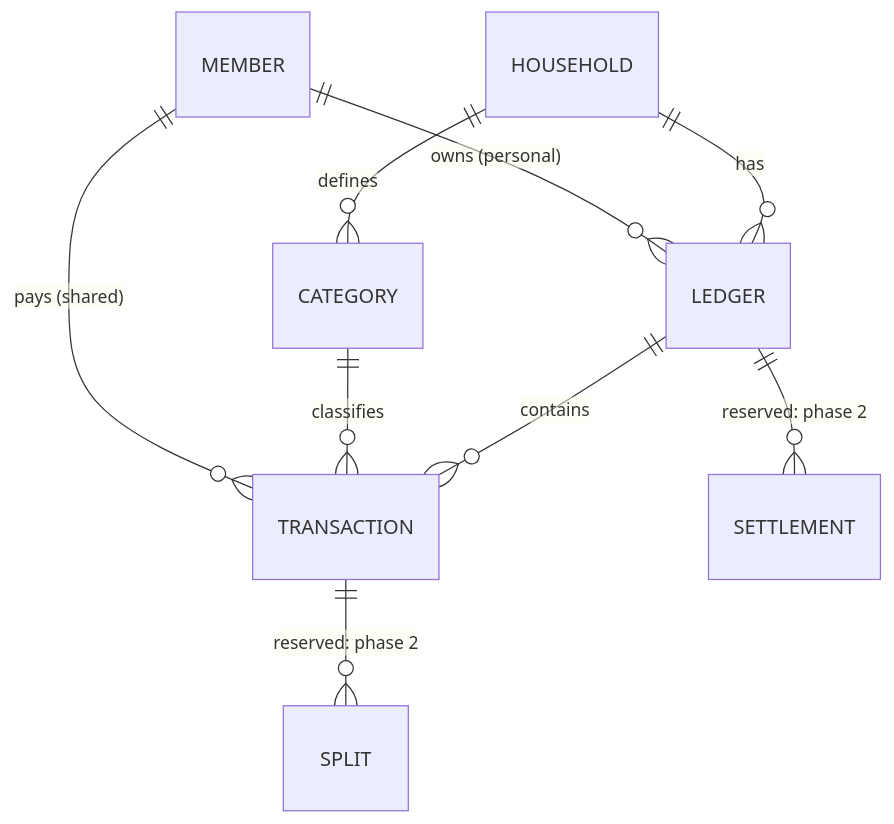
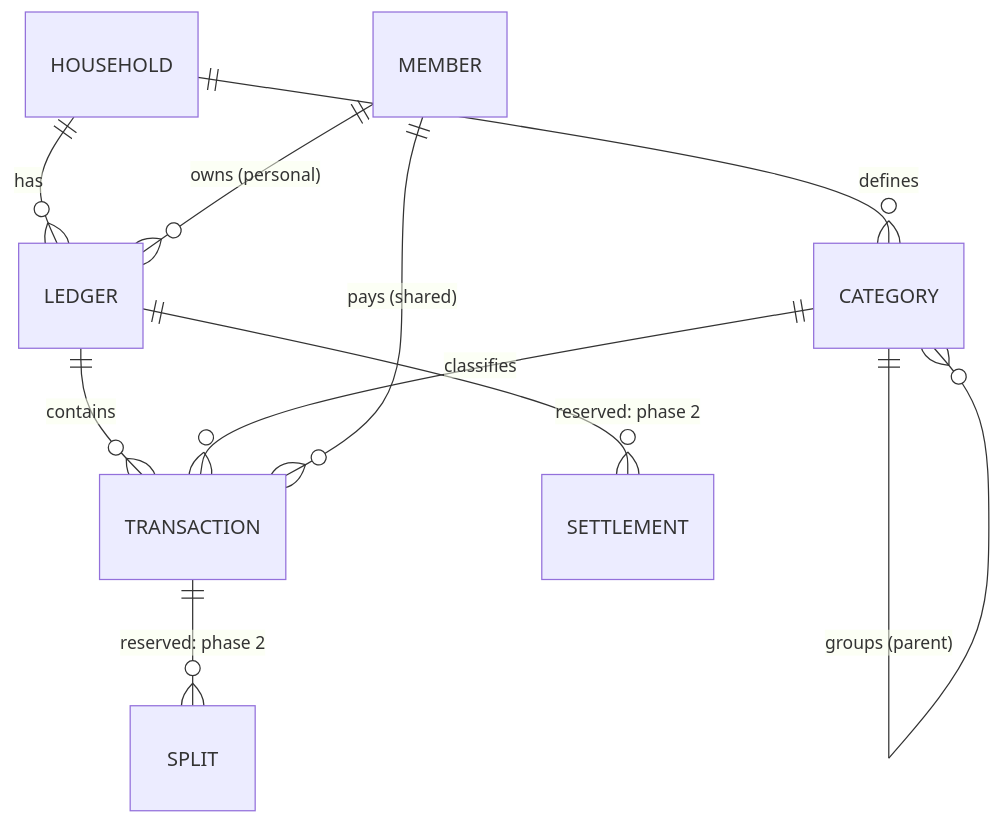
The diagram in docs/modules/finance.md (YenChengLai/family-hub), drawn with Mermaid before and after one commit. The commit also changed other lines of this file and 3 other files, not shown here.

````diff
--- a/docs/modules/finance.md
+++ b/docs/modules/finance.md
@@ -16,11 +16,12 @@
 ```mermaid
 erDiagram
     HOUSEHOLD ||--o{ LEDGER : has
     LEDGER ||--o{ TRANSACTION : contains
     HOUSEHOLD ||--o{ CATEGORY : defines
     CATEGORY ||--o{ TRANSACTION : classifies
+    CATEGORY ||--o{ CATEGORY : "groups (parent)"
     MEMBER ||--o{ TRANSACTION : "pays (shared)"
     MEMBER ||--o{ LEDGER : "owns (personal)"
     TRANSACTION ||--o{ SPLIT : "reserved: phase 2"
     LEDGER ||--o{ SETTLEMENT : "reserved: phase 2"
 ```
````
